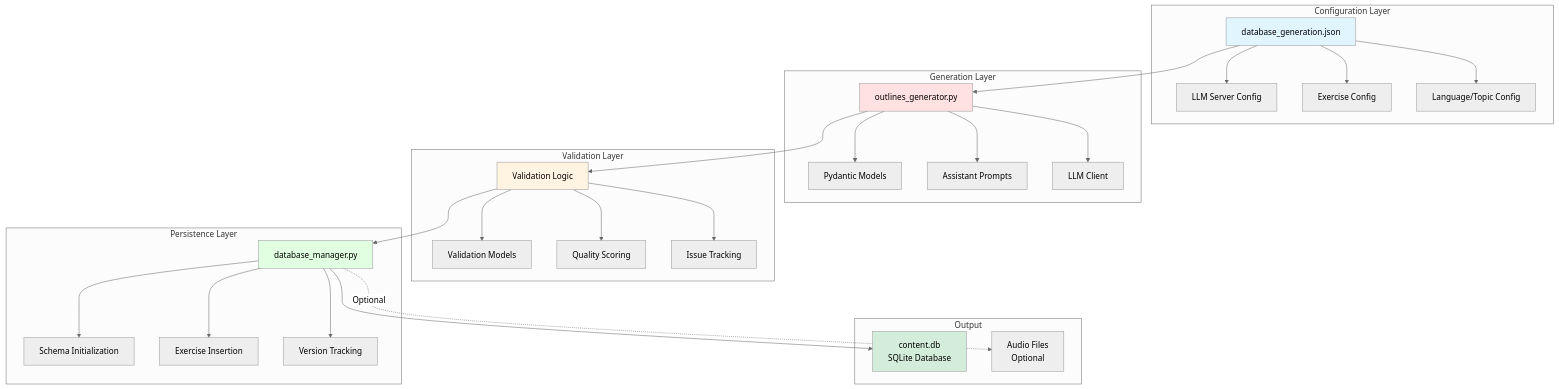
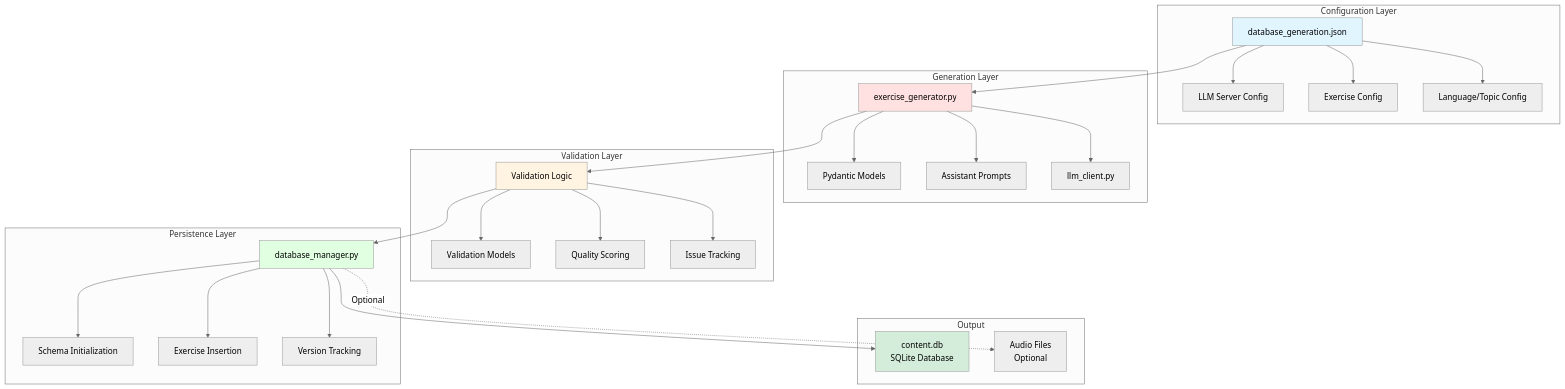
The second of 2 diagrams in docs/generation/architecture.md (AoifeHughes/ahlingo), drawn with Mermaid (neutral theme) before and after one commit. The commit also changed other lines of this file and 15 other files, not shown here.

````diff
--- a/docs/generation/architecture.md
+++ b/docs/generation/architecture.md
@@ -195,59 +206,59 @@
 ```mermaid
 graph TB
     subgraph "Configuration Layer"
         A[database_generation.json]
         A1[LLM Server Config]
         A2[Exercise Config]
         A3[Language/Topic Config]
         A --> A1
         A --> A2
         A --> A3
     end
 
     subgraph "Generation Layer"
-        B[outlines_generator.py]
+        B[exercise_generator.py]
         B1[Pydantic Models]
         B2[Assistant Prompts]
-        B3[LLM Client]
+        B3[llm_client.py]
         B --> B1
         B --> B2
         B --> B3
     end
 
     subgraph "Validation Layer"
         C[Validation Logic]
         C1[Validation Models]
         C2[Quality Scoring]
         C3[Issue Tracking]
         C --> C1
         C --> C2
         C --> C3
     end
 
     subgraph "Persistence Layer"
         D[database_manager.py]
         D1[Schema Initialization]
         D2[Exercise Insertion]
         D3[Version Tracking]
         D --> D1
         D --> D2
         D --> D3
     end
 
     subgraph "Output"
         E[content.db<br/>SQLite Database]
         F[Audio Files<br/>Optional]
     end
 
     A --> B
     B --> C
     C --> D
     D --> E
     D -.Optional.-> F
 
     style A fill:#e1f5ff
     style B fill:#ffe1e1
     style C fill:#fff3e1
     style D fill:#e1ffe1
     style E fill:#d4edda
 ```
````
